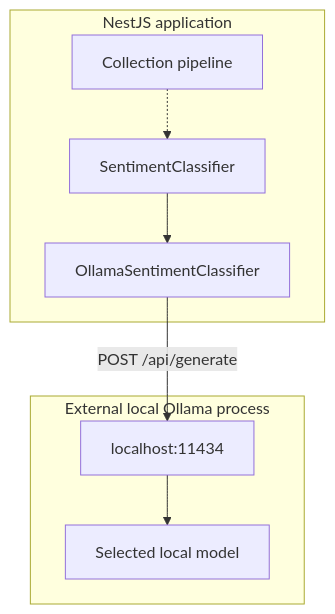
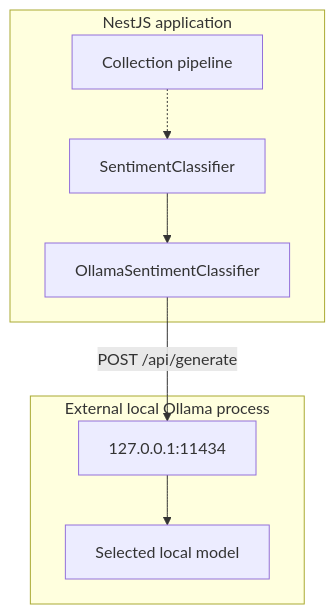
The third of 3 diagrams in docs/ARCHITECTURE.md (HenFaibishProjects/ourcrowd-press-monitor), drawn with Mermaid before and after one commit. The commit also changed other lines of this file and 7 other files, not shown here.

````diff
--- a/docs/ARCHITECTURE.md
+++ b/docs/ARCHITECTURE.md
@@ -154,11 +156,11 @@
 ```mermaid
 flowchart TD
     subgraph App[NestJS application]
         Collection[Collection pipeline] -.-> Contract[SentimentClassifier]
         Contract --> Adapter[OllamaSentimentClassifier]
     end
     subgraph Local[External local Ollama process]
-        Endpoint[localhost:11434] --> Model[Selected local model]
+        Endpoint["127.0.0.1:11434"] --> Model[Selected local model]
     end
     Adapter -->|POST /api/generate| Endpoint
 ```
````
